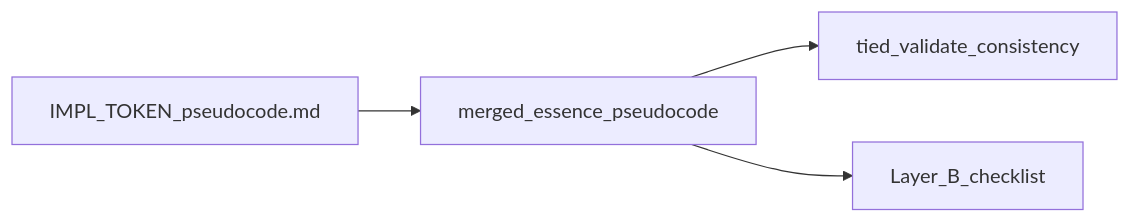
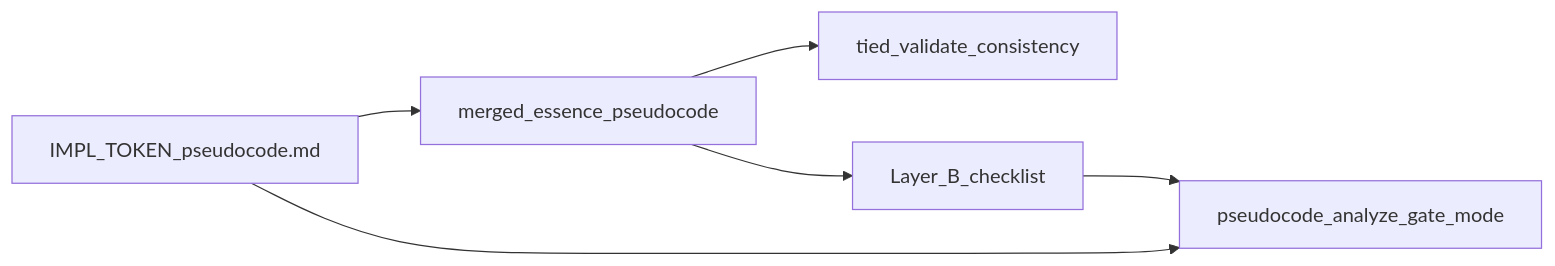
The diagram in tied/docs/pseudocode-format-and-practices.md (fareedst/bkpdir), drawn with Mermaid before and after one commit. The commit also changed other lines of this file and 683 other files, not shown here.

````diff
--- a/tied/docs/pseudocode-format-and-practices.md
+++ b/tied/docs/pseudocode-format-and-practices.md
@@ -105,10 +138,13 @@
 ```mermaid
 flowchart LR
   sidecar[IMPL_TOKEN_pseudocode.md]
   merge[merged_essence_pseudocode]
   A[tied_validate_consistency]
   B[Layer_B_checklist]
+  C[pseudocode_analyze_gate_mode]
   sidecar --> merge
   merge --> A
   merge --> B
+  sidecar --> C
+  B --> C
 ```
````
